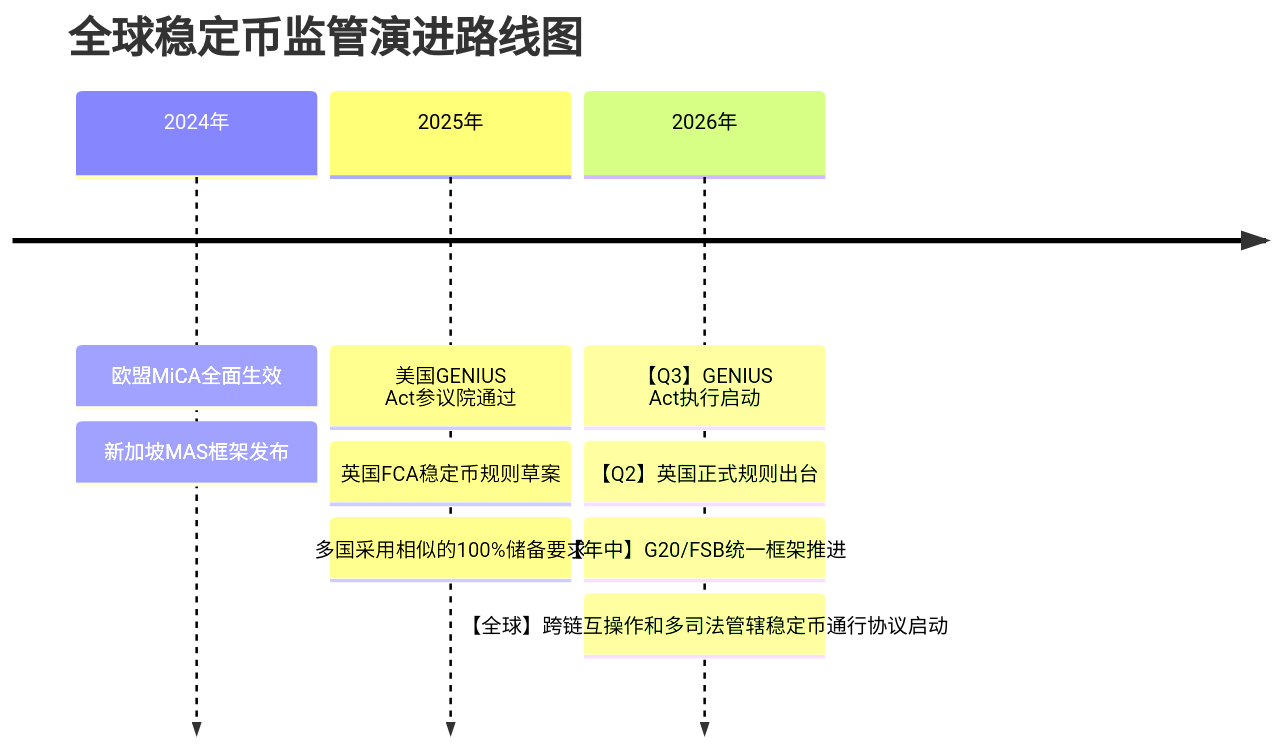
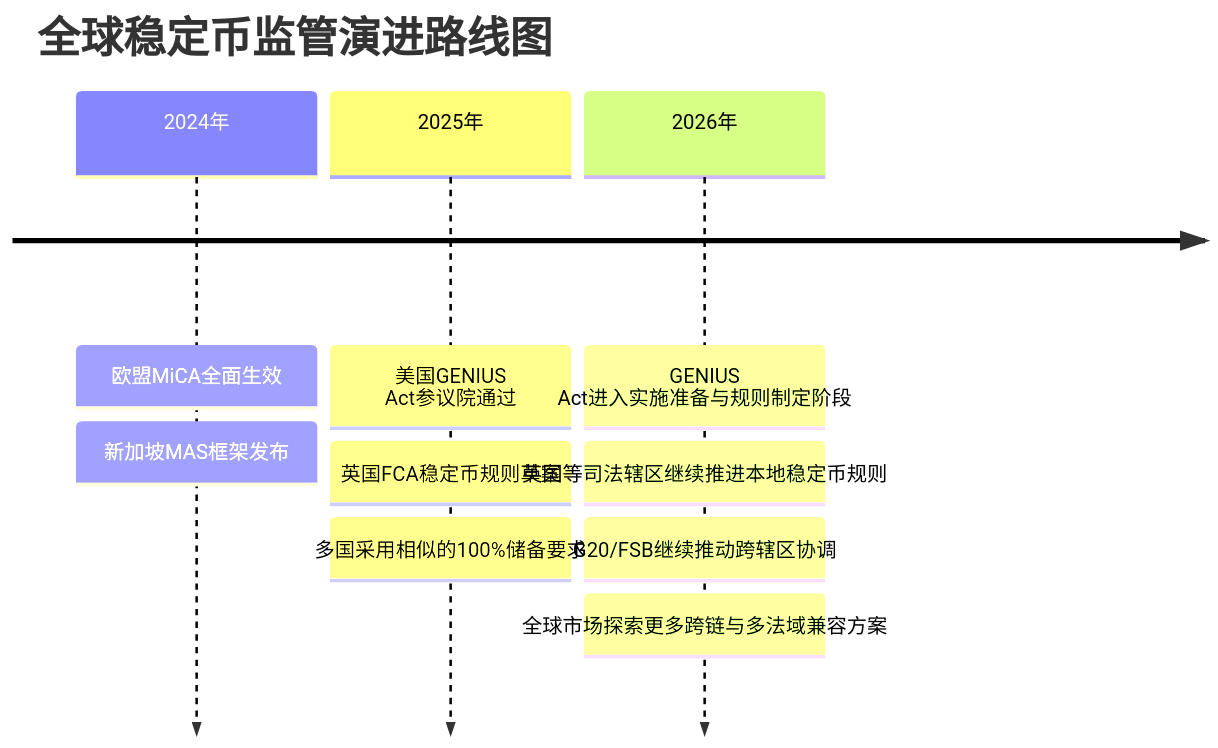
Before and after one commit to yeasy/blockchain_guide: the second of 2 diagrams in 15_frontiers/genius_act.md, drawn with Mermaid. The commit also changed other lines of this file, not shown here.

````diff
--- a/15_frontiers/genius_act.md
+++ b/15_frontiers/genius_act.md
@@ -367,13 +367,13 @@
 ```mermaid
 timeline
     title 全球稳定币监管演进路线图
     2024年 : 欧盟MiCA全面生效
           : 新加坡MAS框架发布
     2025年 : 美国GENIUS Act参议院通过
           : 英国FCA稳定币规则草案
           : 多国采用相似的100%储备要求
-    2026年 : 【Q3】GENIUS Act执行启动
-          : 【Q2】英国正式规则出台
-          : 【年中】G20/FSB统一框架推进
-          : 【全球】跨链互操作和多司法管辖稳定币通行协议启动
+    2026年 : GENIUS Act进入实施准备与规则制定阶段
+          : 英国等司法辖区继续推进本地稳定币规则
+          : G20/FSB继续推动跨辖区协调
+          : 全球市场探索更多跨链与多法域兼容方案
 ```
````
